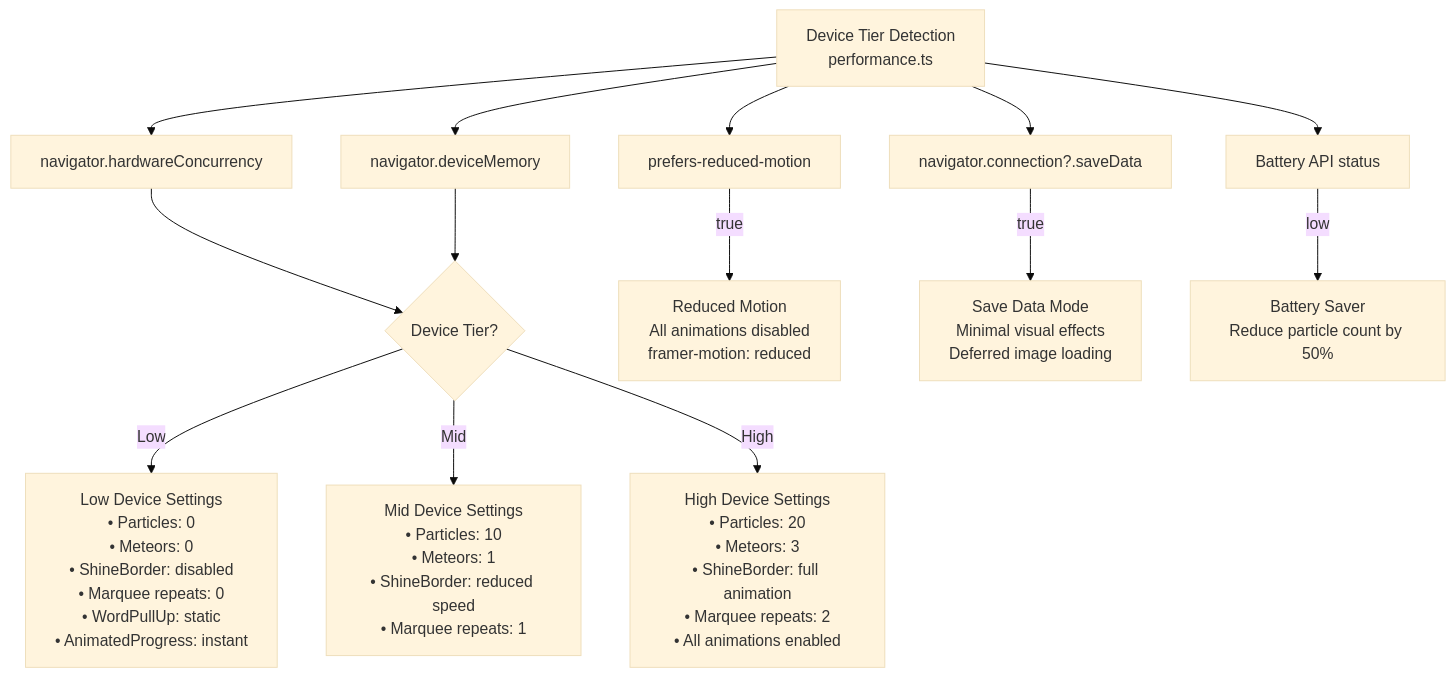
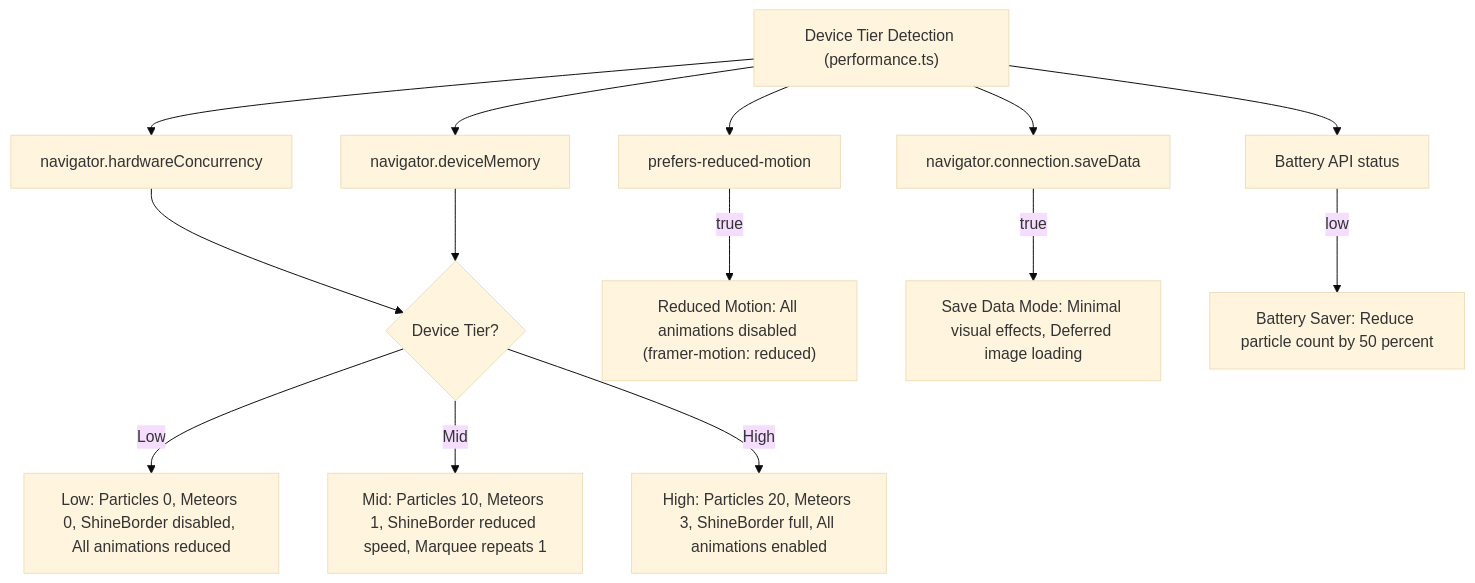
One commit to kim0040/Nadeulhae changed diagram 16 of 17 in docs/ARCHITECTURE_UML.md. Above: the diagram before and after it, drawn with Mermaid (base theme). The commit also changed other lines of this file, not shown here.

Commit message:
fix(docs): fix Mermaid syntax errors in UML diagrams (invalid types, special chars)

````diff
--- a/docs/ARCHITECTURE_UML.md
+++ b/docs/ARCHITECTURE_UML.md
@@ -1288,25 +1311,25 @@
 ```mermaid
 flowchart TD
-    DETECT["Device Tier Detection<br/>performance.ts"]
+    DETECT["Device Tier Detection (performance.ts)"]
 
     DETECT --> CPU["navigator.hardwareConcurrency"]
     DETECT --> MEM["navigator.deviceMemory"]
     DETECT --> PREFERS["prefers-reduced-motion"]
-    DETECT --> SAVEDATA["navigator.connection?.saveData"]
+    DETECT --> SAVEDATA["navigator.connection.saveData"]
     DETECT --> LOW_PWR["Battery API status"]
 
     CPU --> TIER{"Device Tier?"}
     MEM --> TIER
 
-    TIER -->|Low| LOW_SETTINGS["Low Device Settings<br/>• Particles: 0<br/>• Meteors: 0<br/>• ShineBorder: disabled<br/>• Marquee repeats: 0<br/>• WordPullUp: static<br/>• AnimatedProgress: instant"]
+    TIER -->|"Low"| LOW_SETTINGS["Low: Particles 0, Meteors 0, ShineBorder disabled, All animations reduced"]
     
-    TIER -->|Mid| MID_SETTINGS["Mid Device Settings<br/>• Particles: 10<br/>• Meteors: 1<br/>• ShineBorder: reduced speed<br/>• Marquee repeats: 1"]
+    TIER -->|"Mid"| MID_SETTINGS["Mid: Particles 10, Meteors 1, ShineBorder reduced speed, Marquee repeats 1"]
     
-    TIER -->|High| HIGH_SETTINGS["High Device Settings<br/>• Particles: 20<br/>• Meteors: 3<br/>• ShineBorder: full animation<br/>• Marquee repeats: 2<br/>• All animations enabled"]
+    TIER -->|"High"| HIGH_SETTINGS["High: Particles 20, Meteors 3, ShineBorder full, All animations enabled"]
     
-    PREFERS -->|true| REDUCED["Reduced Motion<br/>All animations disabled<br/>framer-motion: reduced"]
+    PREFERS -->|"true"| REDUCED["Reduced Motion: All animations disabled (framer-motion: reduced)"]
     
-    SAVEDATA -->|true| SAVE["Save Data Mode<br/>Minimal visual effects<br/>Deferred image loading"]
+    SAVEDATA -->|"true"| SAVE["Save Data Mode: Minimal visual effects, Deferred image loading"]
     
-    LOW_PWR -->|low| BATTERY_SAVE["Battery Saver<br/>Reduce particle count by 50%"]
+    LOW_PWR -->|"low"| BATTERY_SAVE["Battery Saver: Reduce particle count by 50 percent"]
 ```
````
